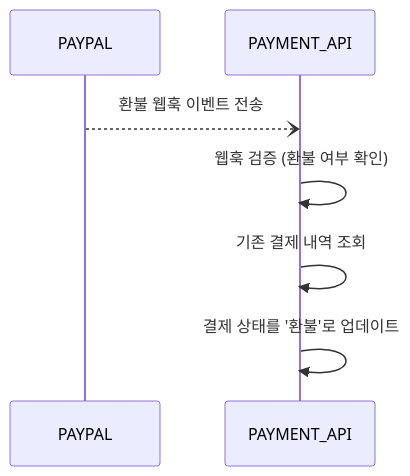
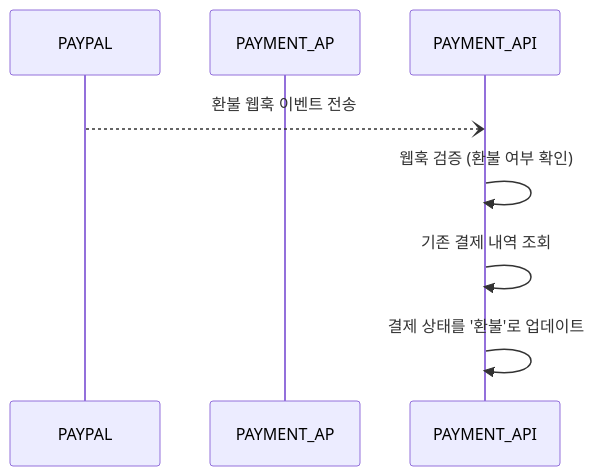
Before and after one commit to ysiksik/ysiksik.github.io: diagram 12 of 12 in _posts/project/logistics/2025-02-28-SubscriptionPayments-PAYPAL.md, drawn with Mermaid. The commit also changed other lines of this file, not shown here.

```diff
--- a/_posts/project/logistics/2025-02-28-SubscriptionPayments-PAYPAL.md
+++ b/_posts/project/logistics/2025-02-28-SubscriptionPayments-PAYPAL.md
@@ -506,13 +436,11 @@
 ~~~mermaid
 
 sequenceDiagram
   participant PAYPAL
-  participant PAYMENT_API
-
-  %% 환불 처리
+  participant PAYMENT_AP
   PAYPAL--)PAYMENT_API: 환불 웹훅 이벤트 전송
   PAYMENT_API->>PAYMENT_API: 웹훅 검증 (환불 여부 확인)
   PAYMENT_API->>PAYMENT_API: 기존 결제 내역 조회
   PAYMENT_API->>PAYMENT_API: 결제 상태를 '환불'로 업데이트
 
 ~~~
```
